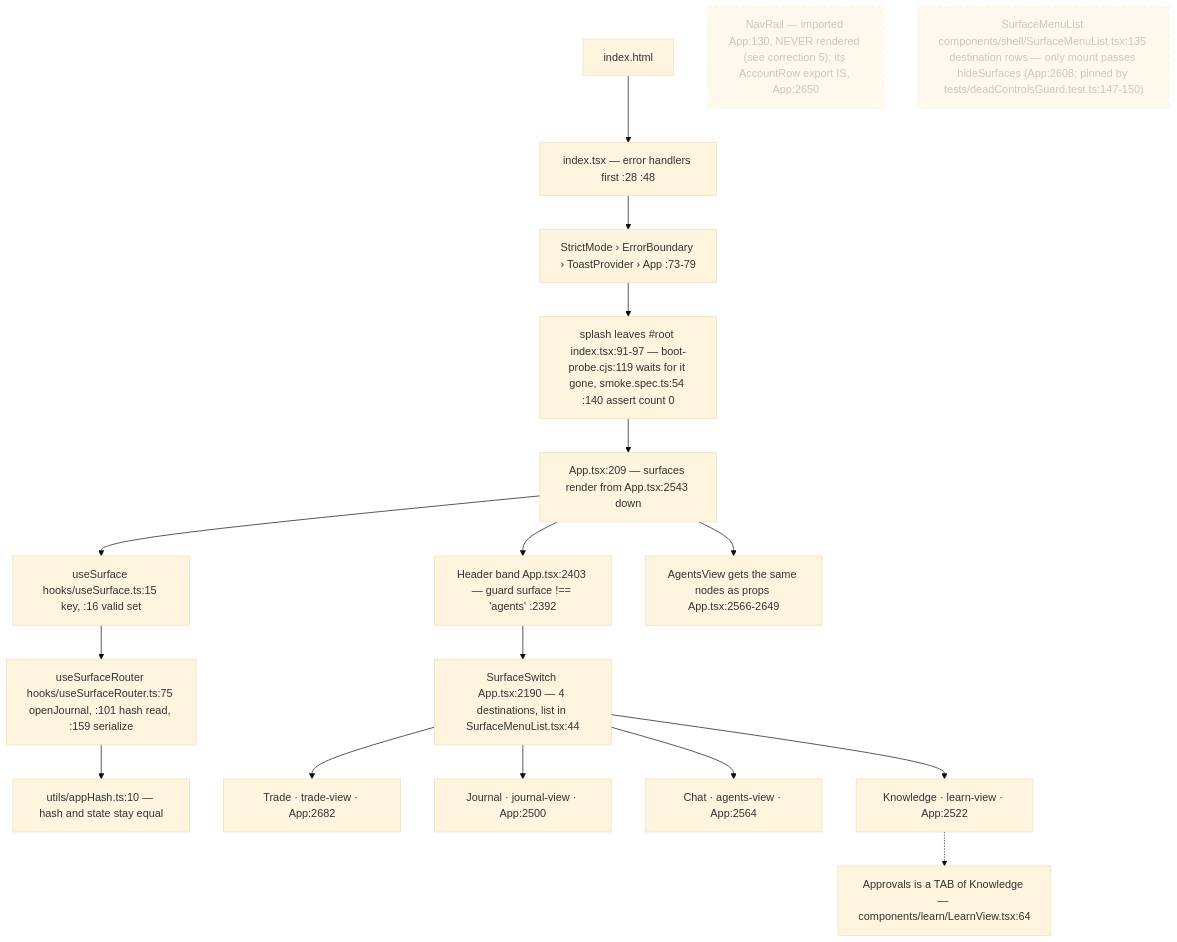
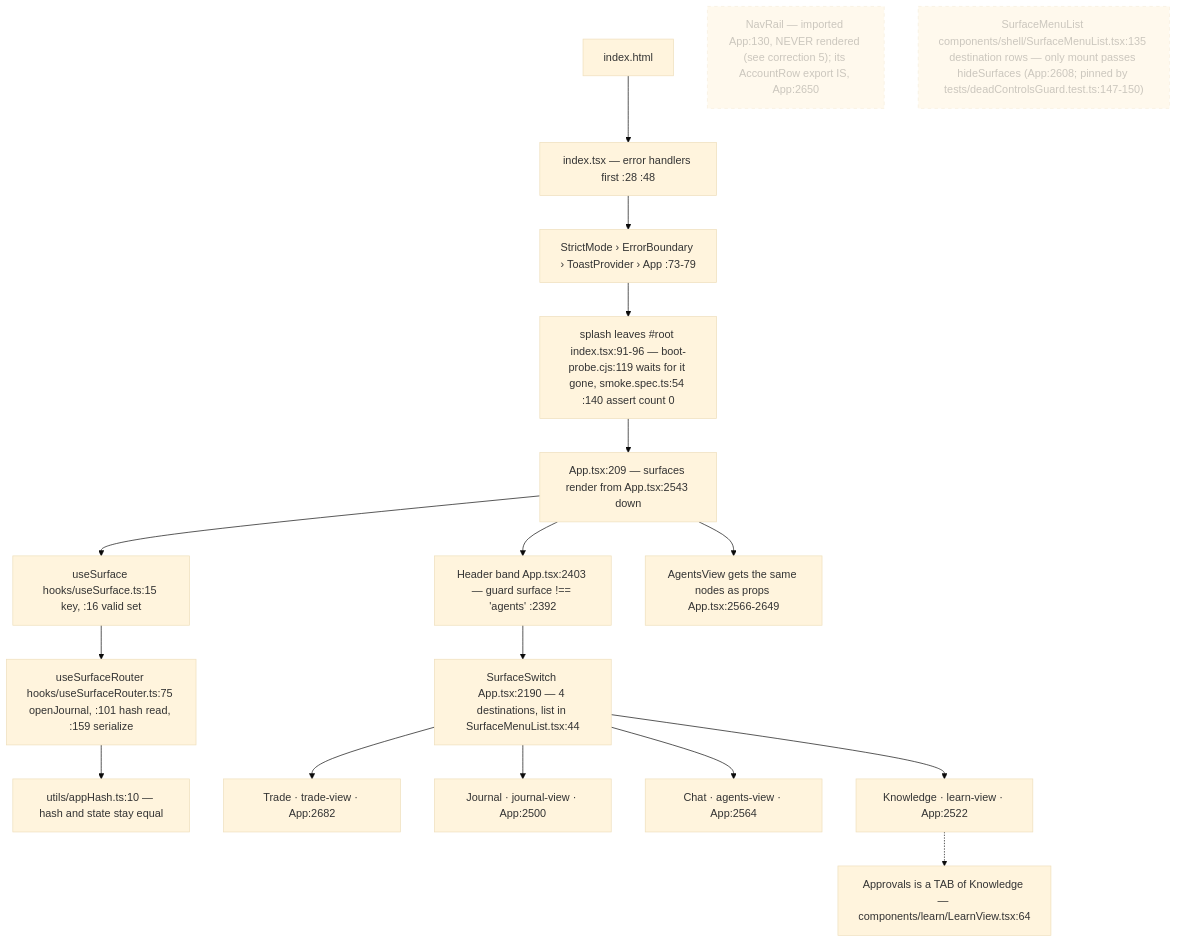
Before and after one commit to Acepay25/august-3.5: the first of 8 diagrams in docs/app-flow.md, drawn with Mermaid (base theme). The commit also changed other lines of this file and 2 other files, not shown here.

First line of the commit message:
docs(flow): re-anchor the citations the watch, toast and font edits moved

````diff
--- a/docs/app-flow.md
+++ b/docs/app-flow.md
@@ -44,21 +44,21 @@
 ```mermaid
 flowchart TD
     H["index.html"] --> I["index.tsx — error handlers first :28 :48"]
     I --> S["StrictMode › ErrorBoundary › ToastProvider › App :73-79"]
-    S --> SP["splash leaves #root index.tsx:91-97 — boot-probe.cjs:119 waits for it gone, smoke.spec.ts:54 :140 assert count 0"]
+    S --> SP["splash leaves #root index.tsx:91-96 — boot-probe.cjs:119 waits for it gone, smoke.spec.ts:54 :140 assert count 0"]
     SP --> APP["App.tsx:209 — surfaces render from App.tsx:2543 down"]
     APP --> US["useSurface hooks/useSurface.ts:15 key, :16 valid set"]
     US --> UR["useSurfaceRouter hooks/useSurfaceRouter.ts:75 openJournal, :101 hash read, :159 serialize"]
     UR --> HASH["utils/appHash.ts:10 — hash and state stay equal"]
     APP --> HD["Header band App.tsx:2403 — guard surface !== 'agents' :2392"]
     HD --> SW["SurfaceSwitch App.tsx:2190 — 4 destinations, list in SurfaceMenuList.tsx:44"]
     APP --> AV["AgentsView gets the same nodes as props App.tsx:2566-2649"]
     SW --> T["Trade · trade-view · App:2682"]
     SW --> J["Journal · journal-view · App:2500"]
     SW --> C["Chat · agents-view · App:2564"]
     SW --> K["Knowledge · learn-view · App:2522"]
     K -.-> AP["Approvals is a TAB of Knowledge — components/learn/LearnView.tsx:64"]
     NR["NavRail — imported App:130, NEVER rendered (see correction 5); its AccountRow export IS, App:2650"]:::dead
     SM["SurfaceMenuList components/shell/SurfaceMenuList.tsx:135 destination rows — only mount passes hideSurfaces (App:2608; pinned by tests/deadControlsGuard.test.ts:147-150)"]:::dead
     classDef dead stroke-dasharray: 5 5,opacity:.5
 ```
````
